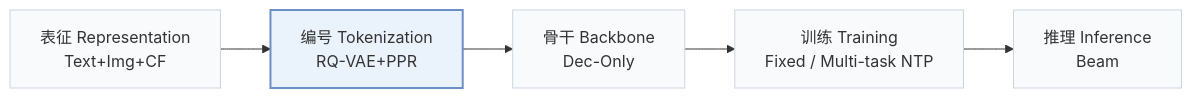
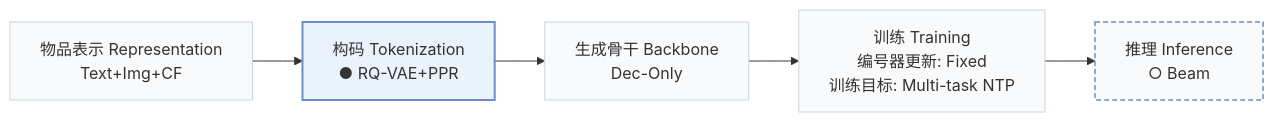
One commit to Galaxy-ghost/Awesome-SID-Generative-Rec changed the first of 2 diagrams in pages/zh/papers/snaplgr.md. Above: the diagram before and after it, drawn with Mermaid. The commit also changed other lines of this file and 558 other files, not shown here.

````diff
--- a/pages/zh/papers/snaplgr.md
+++ b/pages/zh/papers/snaplgr.md
@@ -15,8 +18,10 @@
 ```mermaid
 flowchart LR
-    R["表征 Representation<br/>Text+Img+CF"] --> T["编号 Tokenization<br/>RQ-VAE+PPR"] --> B["骨干 Backbone<br/>Dec-Only"] --> TR["训练 Training<br/>Fixed / Multi-task NTP"] --> I["推理 Inference<br/>Beam"]
+    R["物品表示 Representation<br/>Text+Img+CF"] --> T["构码 Tokenization<br/>● RQ-VAE+PPR"] --> B["生成骨干 Backbone<br/>Dec-Only"] --> TR["训练 Training<br/>编号器更新: Fixed<br/>训练目标: Multi-task NTP"] --> I["推理 Inference<br/>○ Beam"]
     classDef base fill:#f8fafc,stroke:#cbd5e1
     class R,T,B,TR,I base
+    classDef other fill:#f8fafc,stroke:#6b8fc7,stroke-width:1.5px,stroke-dasharray:5 3
+    class I other
     classDef main fill:#eaf2fb,stroke:#6b8fc7,stroke-width:2px
     class T main
 ```
````
